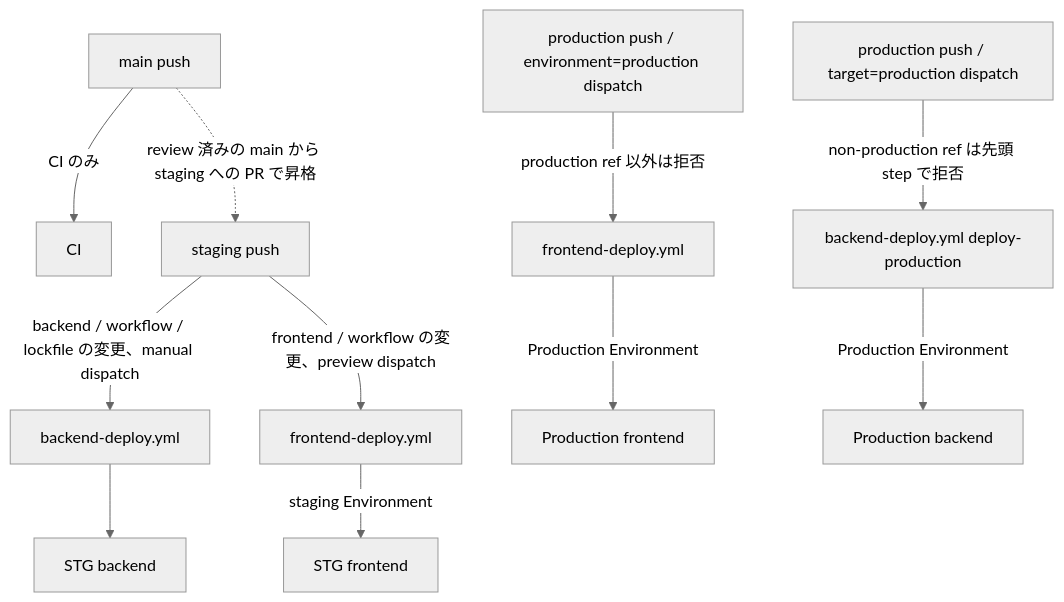
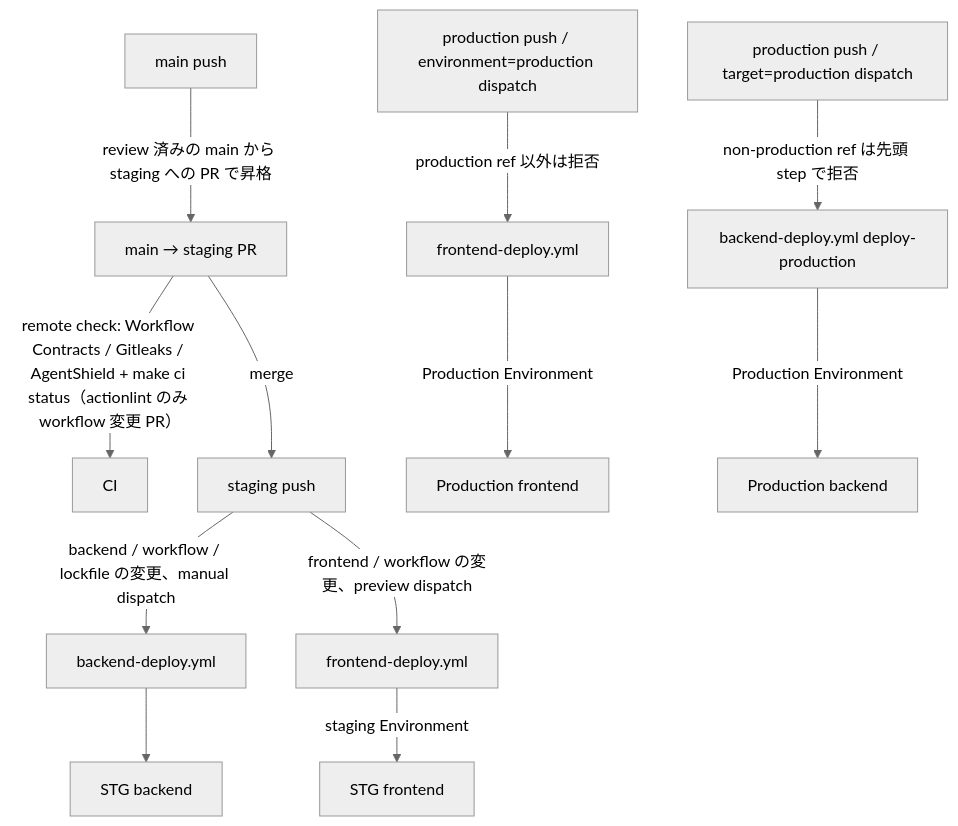
The diagram in docs/ops/deploy/CI-CD-PIPELINE.md (MinoruSoga/AnimalEkarte), drawn with Mermaid (neutral theme) before and after one commit. The commit also changed other lines of this file and 52 other files, not shown here.

````diff
--- a/docs/ops/deploy/CI-CD-PIPELINE.md
+++ b/docs/ops/deploy/CI-CD-PIPELINE.md
@@ -25,13 +25,14 @@
 ```mermaid
 flowchart TB
-  M[main push] -->|CI のみ| CI[CI]
-  M -.->|review 済みの main から staging への PR で昇格| S[staging push]
+  M[main push] -->|review 済みの main から staging への PR で昇格| PR["main → staging PR"]
+  PR -->|"remote check: Workflow Contracts / Gitleaks / AgentShield + make ci status（actionlint のみ workflow 変更 PR）"| CI[CI]
+  PR -->|merge| S[staging push]
   S -->|backend / workflow / lockfile の変更、manual dispatch| BE[backend-deploy.yml]
   BE --> STGB[STG backend]
   S -->|frontend / workflow の変更、preview dispatch| FEP[frontend-deploy.yml]
   FEP -->|staging Environment| STGF[STG frontend]
   P["production push / environment=production dispatch"] -->|production ref 以外は拒否| FPR[frontend-deploy.yml]
   FPR -->|Production Environment| PDF[Production frontend]
   PB_IN["production push / target=production dispatch"] -->|non-production ref は先頭 step で拒否| BPR[backend-deploy.yml deploy-production]
   BPR -->|Production Environment| PDB[Production backend]
 ```
````
